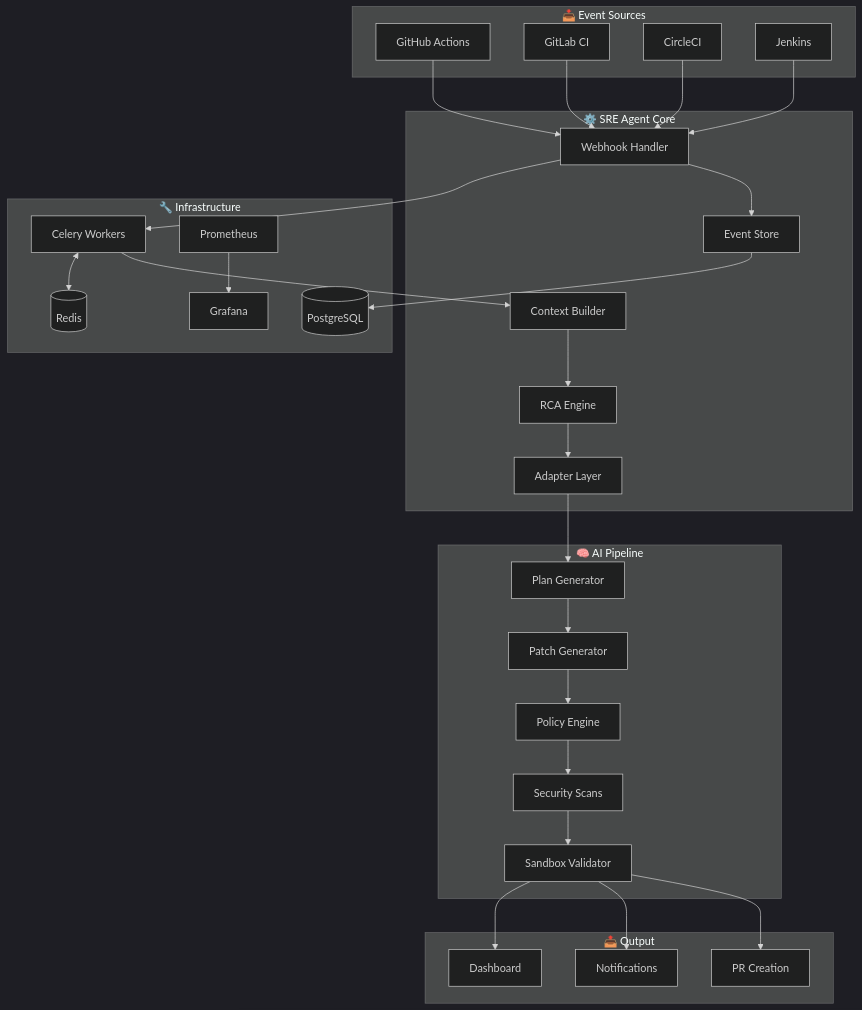
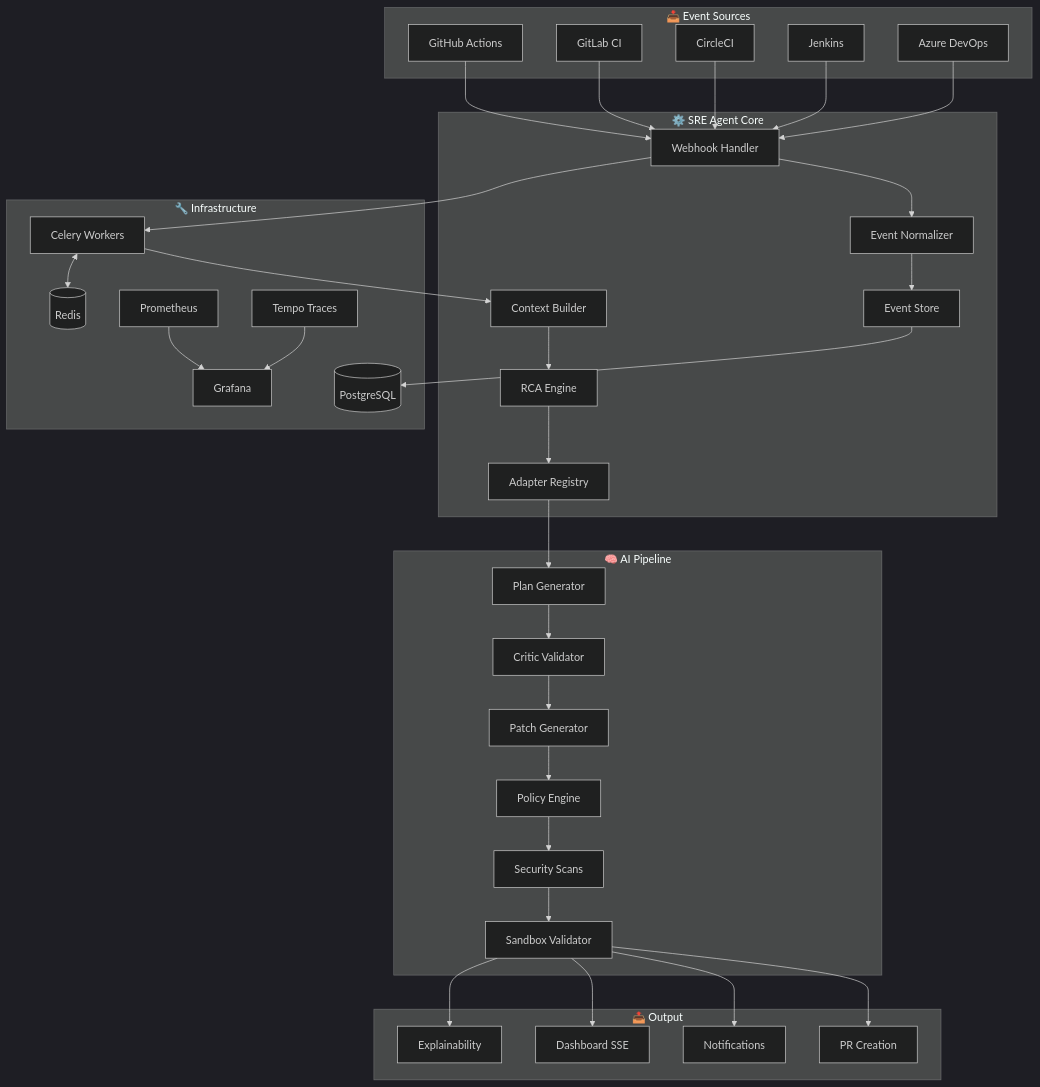
Before and after one commit to Mrgig7/Autonomous-Al-powered-SRE-Agent: the diagram in README.md, drawn with Mermaid (dark theme). The commit also changed other lines of this file and 117 other files, not shown here.

First line of the commit message:
fix: resolve GitHub OAuth login flow with scope, StrictMode & UX improvements

````diff
--- a/README.md
+++ b/README.md
@@ -286,51 +394,58 @@
 ```mermaid
 flowchart TB
     subgraph Input["📥 Event Sources"]
         GH[GitHub Actions]
         GL[GitLab CI]
         CCI[CircleCI]
         JNK[Jenkins]
+        ADO[Azure DevOps]
     end
     
     subgraph Core["⚙️ SRE Agent Core"]
         WH[Webhook Handler]
+        NORM[Event Normalizer]
         ES[Event Store]
         CTX[Context Builder]
         RCA[RCA Engine]
-        ADAPT[Adapter Layer]
+        ADAPT[Adapter Registry]
     end
     
     subgraph AI["🧠 AI Pipeline"]
         PLAN[Plan Generator]
+        CRITIC[Critic Validator]
         PATCH[Patch Generator]
         POLICY[Policy Engine]
         SCAN[Security Scans]
         SANDBOX[Sandbox Validator]
     end
     
     subgraph Output["📤 Output"]
         PR[PR Creation]
         NOTIFY[Notifications]
-        DASH[Dashboard]
+        DASH[Dashboard SSE]
+        EXPLAIN[Explainability]
     end
     
     subgraph Infra["🔧 Infrastructure"]
         DB[(PostgreSQL)]
         REDIS[(Redis)]
         CELERY[Celery Workers]
         PROM[Prometheus]
         GRAF[Grafana]
+        TEMPO[Tempo Traces]
     end
     
-    GH & GL & CCI & JNK --> WH
-    WH --> ES --> DB
+    GH & GL & CCI & JNK & ADO --> WH
+    WH --> NORM --> ES --> DB
     WH --> CELERY
     CELERY --> CTX --> RCA --> ADAPT
-    ADAPT --> PLAN --> PATCH --> POLICY --> SCAN --> SANDBOX
+    ADAPT --> PLAN --> CRITIC --> PATCH --> POLICY --> SCAN --> SANDBOX
     SANDBOX --> PR
     SANDBOX --> NOTIFY
     SANDBOX --> DASH
+    SANDBOX --> EXPLAIN
     
     CELERY <--> REDIS
     PROM --> GRAF
+    TEMPO --> GRAF
 ```
````
